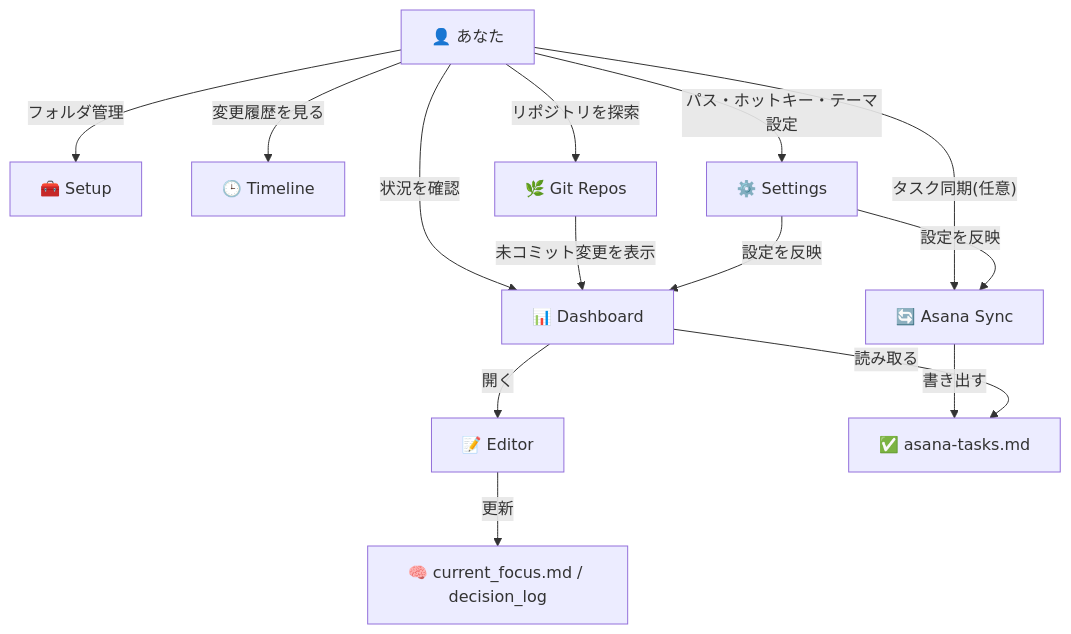
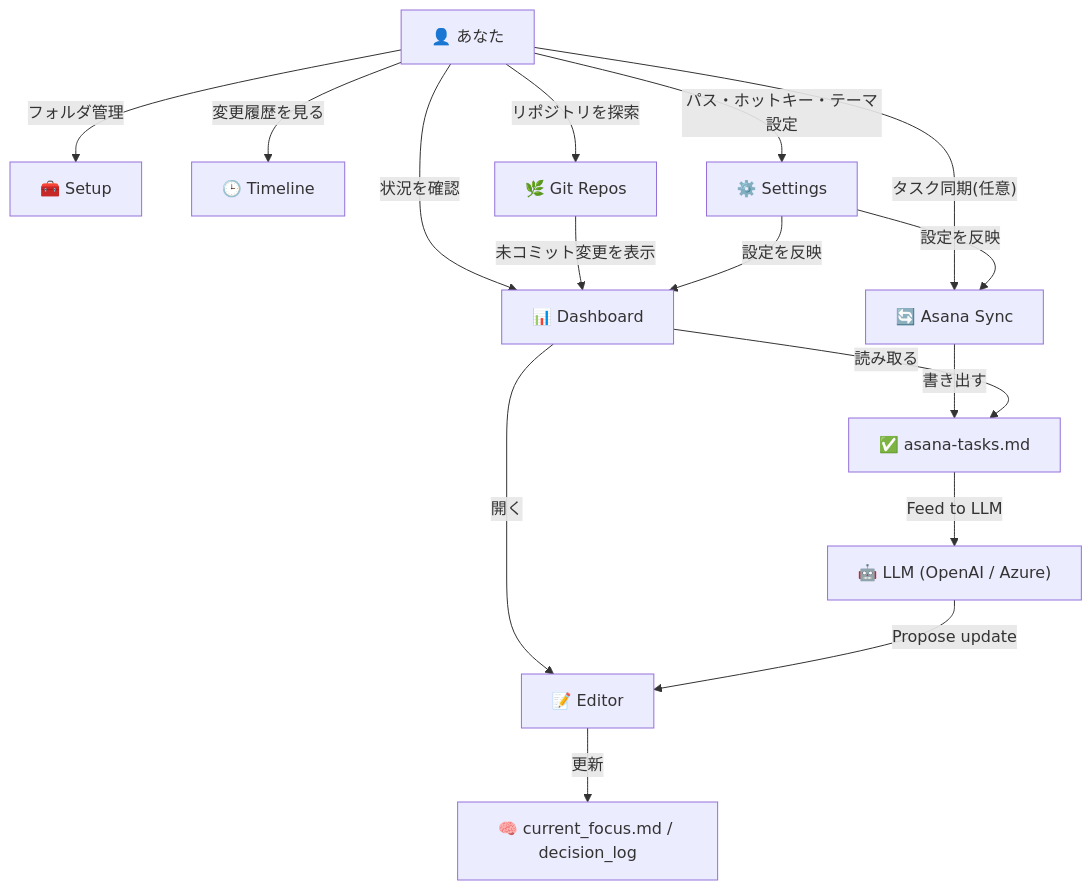
One commit to yt3trees/ProjectCurator changed the first of 4 diagrams in README-ja.md. Above: the diagram before and after it, drawn with Mermaid. The commit also changed other lines of this file and 19 other files, not shown here.

Commit message:
feat: integrate AI focus update flow into editor and settings

````diff
--- a/README-ja.md
+++ b/README-ja.md
@@ -26,19 +26,21 @@
 ```mermaid
 flowchart TD
     U["👤 あなた"] -->|"状況を確認"| DB["📊 Dashboard"]
     DB -->|"開く"| ED["📝 Editor"]
     ED -->|"更新"| CTX["🧠 current_focus.md / decision_log"]
 
     U -->|"タスク同期(任意)"| AS["🔄 Asana Sync"]
     AS -->|"書き出す"| TASKS["✅ asana-tasks.md"]
     DB -->|"読み取る"| TASKS
+    TASKS -->|"Feed to LLM"| LLM["🤖 LLM (OpenAI / Azure)"]
+    LLM -->|"Propose update"| ED
 
     U -->|"フォルダ管理"| SU["🧰 Setup"]
     U -->|"変更履歴を見る"| TL["🕒 Timeline"]
     U -->|"リポジトリを探索"| GR["🌿 Git Repos"]
     U -->|"パス・ホットキー・テーマ設定"| ST["⚙️ Settings"]
 
     GR -->|"未コミット変更を表示"| DB
     ST -->|"設定を反映"| DB
     ST -->|"設定を反映"| AS
 ```
````
